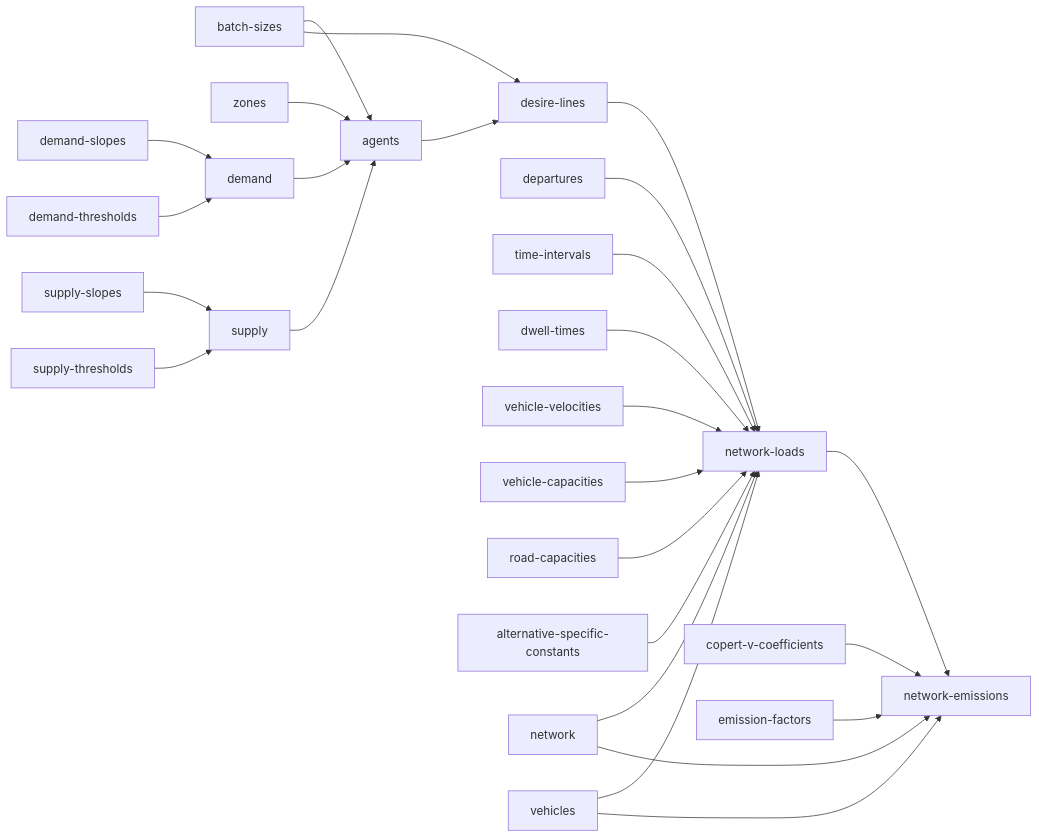
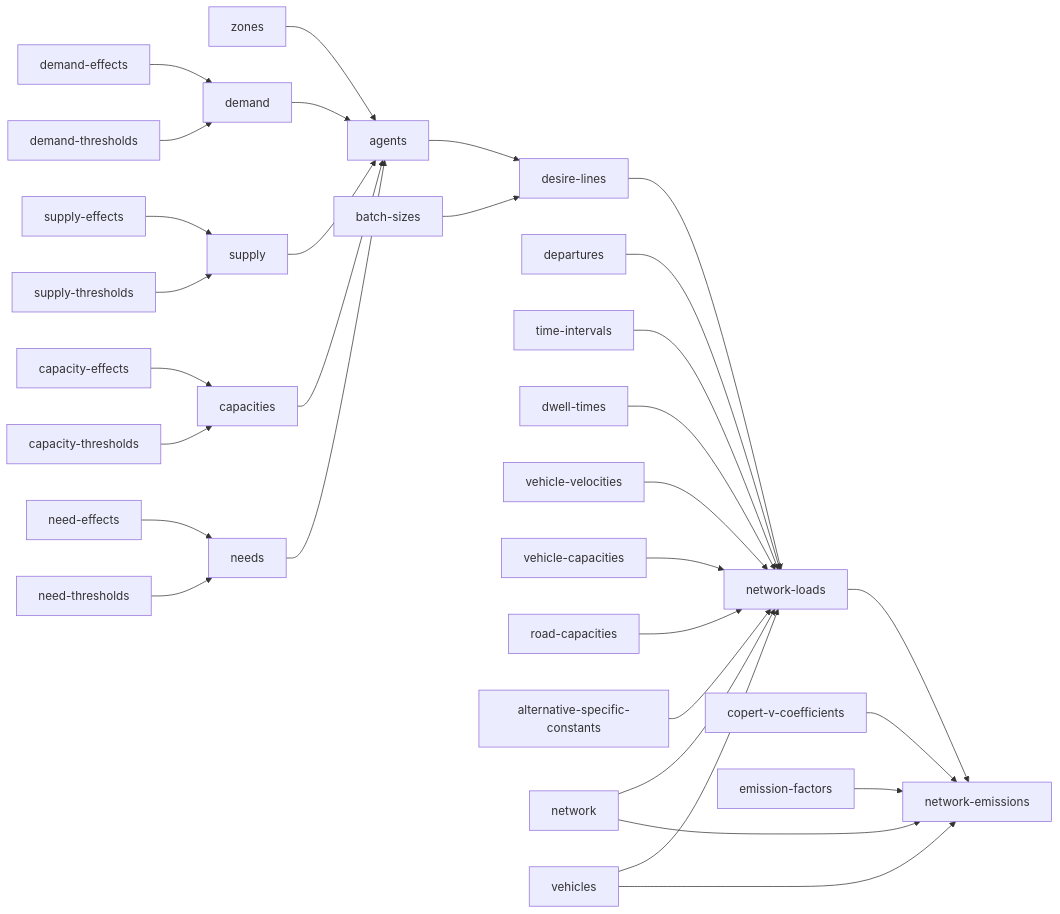
One commit to hcubasd/urban-dollop changed the diagram in README.md. Above: the diagram before and after it, drawn with Mermaid.

Commit message:
Update README mermaid diagram to match effects rename and new nodes
demand_slopes/supply_slopes -> demand_effects/supply_effects, and add
capacity_effects/capacity_thresholds -> capacities and
need_effects/need_thresholds -> needs. Also corrects agents' inputs:
capacities/needs feed individual agent sizing, batch_sizes feeds only
desire_lines -- matches the earlier finding that reusing batch_sizes
for agent-level sizing conflated two different distributions.

````diff
--- a/README.md
+++ b/README.md
@@ -3,28 +3,33 @@
 ```mermaid
 flowchart LR
-    batch_sizes[batch-sizes] --> agents
     zones[zones] --> agents
-    demand_slopes[demand-slopes] --> demand[demand]
+    demand_effects[demand-effects] --> demand[demand]
     demand_thresholds[demand-thresholds] --> demand
-    supply_slopes[supply-slopes] --> supply[supply]
+    supply_effects[supply-effects] --> supply[supply]
     supply_thresholds[supply-thresholds] --> supply
+    capacity_effects[capacity-effects] --> capacities[capacities]
+    capacity_thresholds[capacity-thresholds] --> capacities
+    need_effects[need-effects] --> needs[needs]
+    need_thresholds[need-thresholds] --> needs
     demand --> agents[agents]
     supply --> agents
+    capacities --> agents
+    needs --> agents
     agents --> desire_lines[desire-lines]
-    batch_sizes --> desire_lines
+    batch_sizes[batch-sizes] --> desire_lines
     desire_lines --> network_loads
     departures[departures] --> network_loads
     time_intervals[time-intervals] --> network_loads
     dwell_times[dwell-times] --> network_loads
     vehicle_velocities[vehicle-velocities] --> network_loads
     vehicle_capacities[vehicle-capacities] --> network_loads
     road_capacities[road-capacities] --> network_loads
     alternative_specific_constants[alternative-specific-constants] --> network_loads
     network[network] --> network_loads[network-loads]
     vehicles[vehicles] --> network_loads
     network --> network_emissions
     vehicles --> network_emissions
     network_loads[network-loads] --> network_emissions[network-emissions]
     copert_v_coefficients[copert-v-coefficients] --> network_emissions
     emission_factors[emission-factors] --> network_emissions
 ```
````
